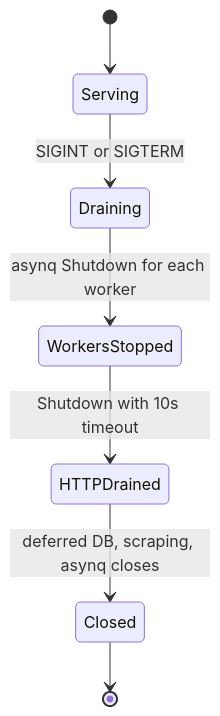
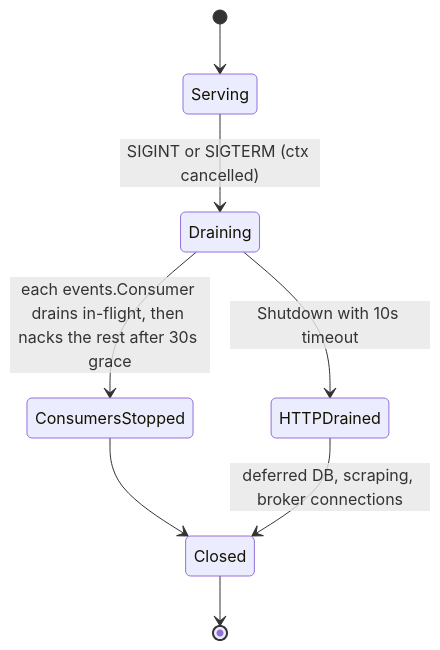
The fifth of 5 diagrams in docs/docs/architecture/request-lifecycle.md (nonamecat19/job-finder), drawn with Mermaid before and after one commit. The commit also changed other lines of this file and 13 other files, not shown here.

````diff
--- a/docs/docs/architecture/request-lifecycle.md
+++ b/docs/docs/architecture/request-lifecycle.md
@@ -128,9 +130,10 @@
 ```mermaid
 stateDiagram-v2
     [*] --> Serving
-    Serving --> Draining: SIGINT or SIGTERM
-    Draining --> WorkersStopped: asynq Shutdown for each worker
-    WorkersStopped --> HTTPDrained: Shutdown with 10s timeout
-    HTTPDrained --> Closed: deferred DB, scraping, asynq closes
+    Serving --> Draining: SIGINT or SIGTERM (ctx cancelled)
+    Draining --> ConsumersStopped: each events.Consumer drains in-flight, then nacks the rest after 30s grace
+    Draining --> HTTPDrained: Shutdown with 10s timeout
+    ConsumersStopped --> Closed
+    HTTPDrained --> Closed: deferred DB, scraping, broker connections
     Closed --> [*]
 ```
````
